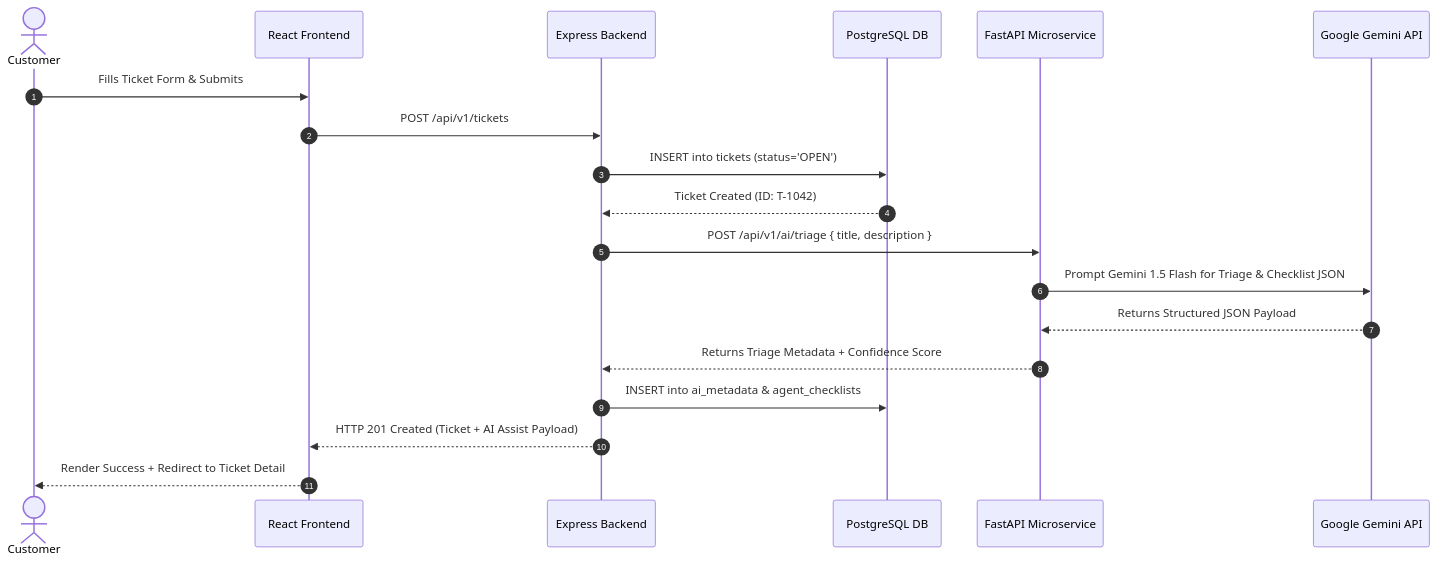
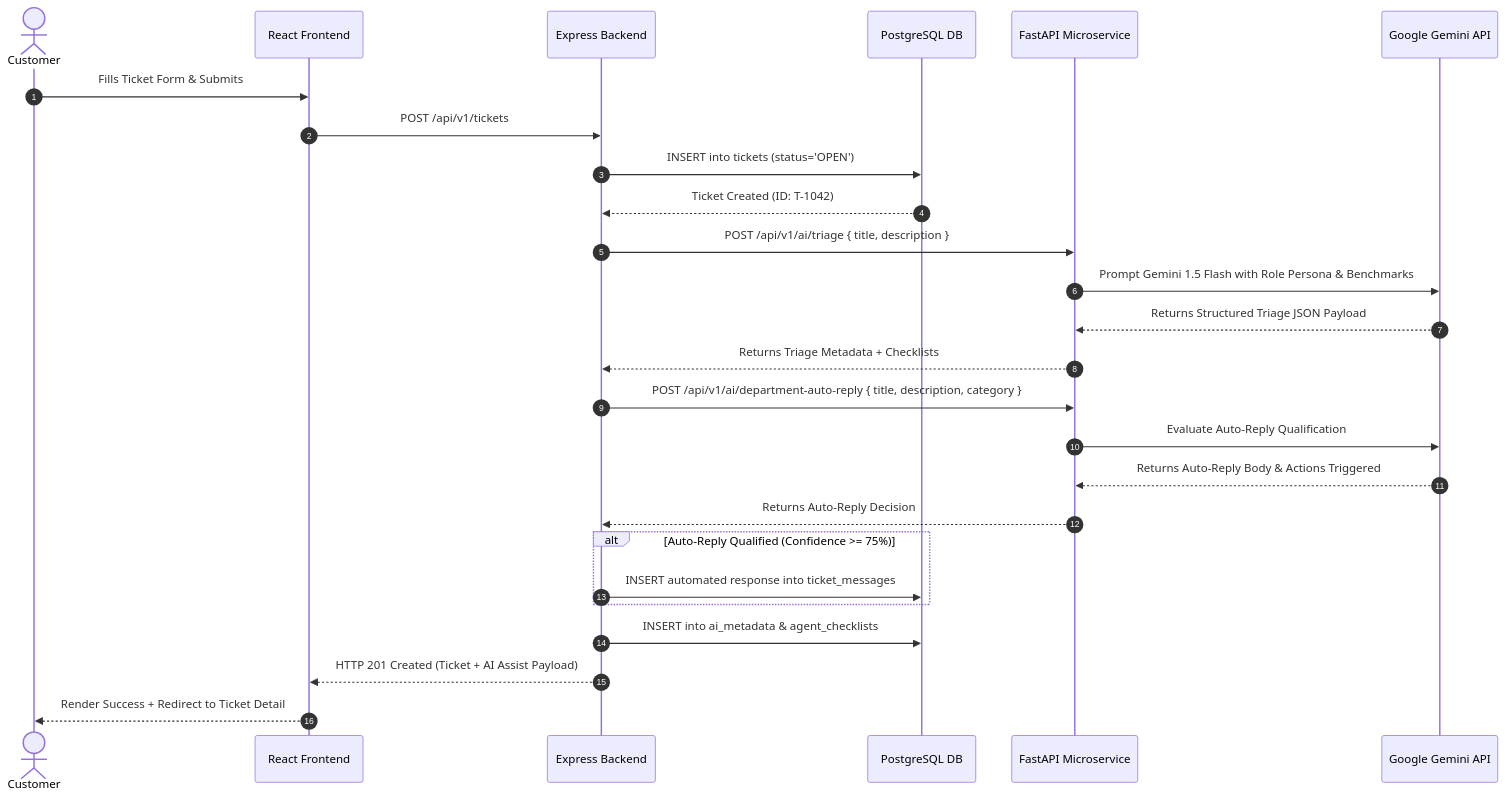
The third of 3 diagrams in README.md (ByteLounge/SupportSenseAI), drawn with Mermaid before and after one commit. The commit also changed other lines of this file and 19 other files, not shown here.

Commit message:
feat: add 40-line role-based prompts, Kaggle/HuggingFace dataset benchmarks, and department auto-replies

````diff
--- a/README.md
+++ b/README.md
@@ -227,24 +279,33 @@
 ```mermaid
 sequenceDiagram
     autonumber
     actor Customer
     participant FE as React Frontend
     participant BE as Express Backend
     participant DB as PostgreSQL DB
     participant AI as FastAPI Microservice
     participant GEM as Google Gemini API
 
     Customer->>FE: Fills Ticket Form & Submits
     FE->>BE: POST /api/v1/tickets
     BE->>DB: INSERT into tickets (status='OPEN')
     DB-->>BE: Ticket Created (ID: T-1042)
 
     BE->>AI: POST /api/v1/ai/triage { title, description }
-    AI->>GEM: Prompt Gemini 1.5 Flash for Triage & Checklist JSON
-    GEM-->>AI: Returns Structured JSON Payload
-    AI-->>BE: Returns Triage Metadata + Confidence Score
+    AI->>GEM: Prompt Gemini 1.5 Flash with Role Persona & Benchmarks
+    GEM-->>AI: Returns Structured Triage JSON Payload
+    AI-->>BE: Returns Triage Metadata + Checklists
+
+    BE->>AI: POST /api/v1/ai/department-auto-reply { title, description, category }
+    AI->>GEM: Evaluate Auto-Reply Qualification
+    GEM-->>AI: Returns Auto-Reply Body & Actions Triggered
+    AI-->>BE: Returns Auto-Reply Decision
+
+    alt Auto-Reply Qualified (Confidence >= 75%)
+        BE->>DB: INSERT automated response into ticket_messages
+    end
 
     BE->>DB: INSERT into ai_metadata & agent_checklists
     BE-->>FE: HTTP 201 Created (Ticket + AI Assist Payload)
     FE-->>Customer: Render Success + Redirect to Ticket Detail
 ```
````
